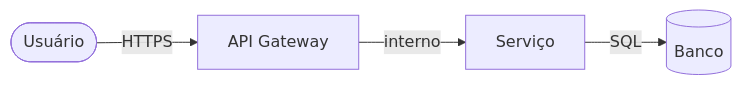
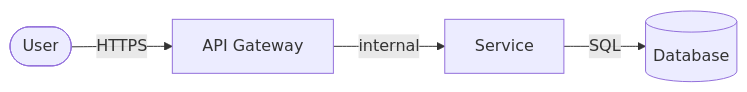
One commit to fcjbispo/Factory changed the diagram in src/docs/templates/security/threat-models/_template.md. Above: the diagram before and after it, drawn with Mermaid. The commit also changed other lines of this file and 18 other files, not shown here.

````diff
--- a/src/docs/templates/security/threat-models/_template.md
+++ b/src/docs/templates/security/threat-models/_template.md
@@ -18,6 +18,6 @@
 ```mermaid
 graph LR
-    U([Usuário]) -->|HTTPS| API[API Gateway]
-    API -->|interno| SVC[Serviço]
-    SVC -->|SQL| DB[(Banco)]
+    U([User]) -->|HTTPS| API[API Gateway]
+    API -->|internal| SVC[Service]
+    SVC -->|SQL| DB[(Database)]
 ```
````
